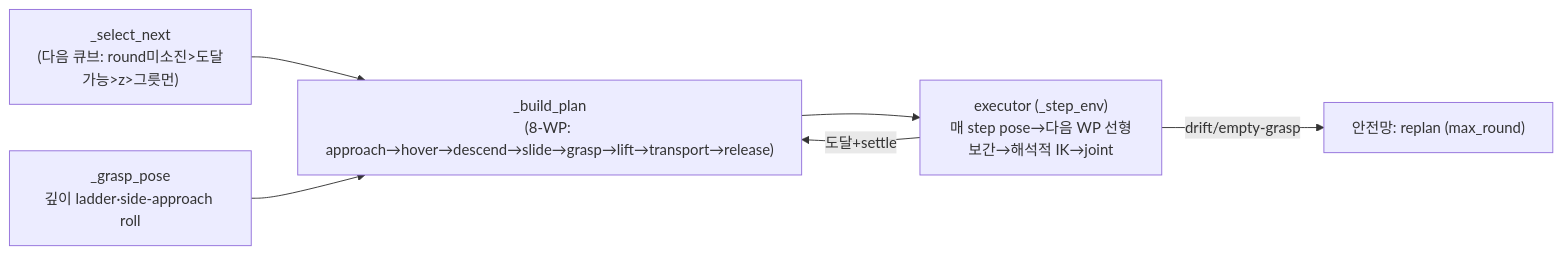
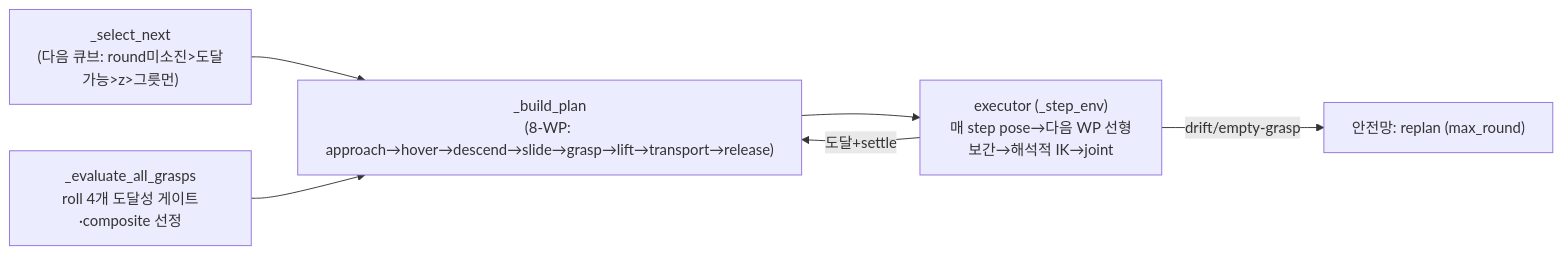
Before and after one commit to PubCyBerry/SO101-Sim2Real: the second of 4 diagrams in docs/PICKCUBE_SM_PROJECT.md, drawn with Mermaid. The commit also changed other lines of this file and 1 other file, not shown here.

First line of the commit message:
feat(sm): grasp-face 선정 재설계 + up-over-down 이동 재설계

````diff
--- a/docs/PICKCUBE_SM_PROJECT.md
+++ b/docs/PICKCUBE_SM_PROJECT.md
@@ -79,8 +83,8 @@
 ```mermaid
 flowchart LR
   SEL["_select_next<br/>(다음 큐브: round미소진>도달가능>z>그릇먼)"] --> PLAN["_build_plan<br/>(8-WP: approach→hover→descend→slide→grasp→lift→transport→release)"]
   PLAN --> EXE["executor (_step_env)<br/>매 step pose→다음 WP 선형보간→해석적 IK→joint"]
   EXE -->|도달+settle| PLAN
   EXE -->|drift/empty-grasp| SAFE["안전망: replan (max_round)"]
-  GP["_grasp_pose<br/>깊이 ladder·side-approach roll"] --> PLAN
+  GP["_evaluate_all_grasps<br/>roll 4개 도달성 게이트·composite 선정"] --> PLAN
 ```
````
